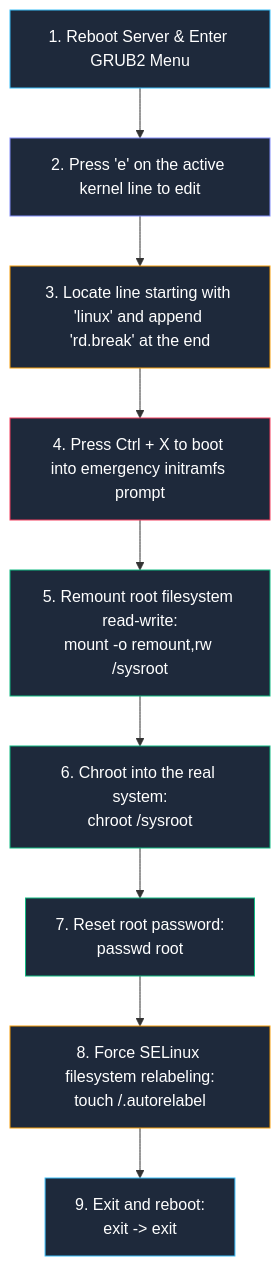
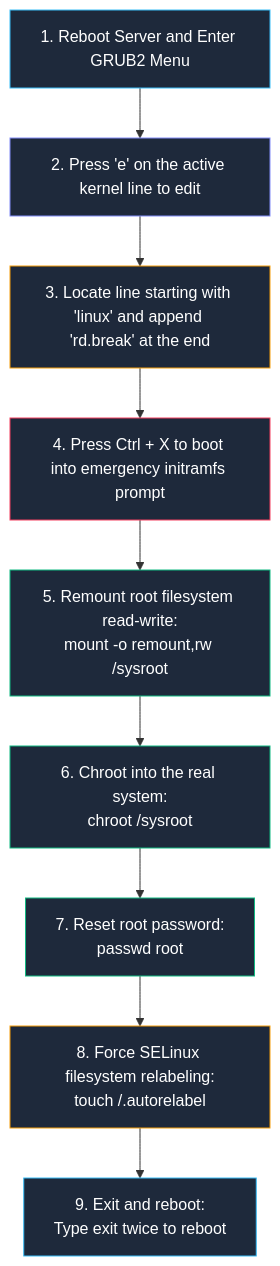
The third of 3 diagrams in System-and-Network-Administrator/03-Linux-Fundamentals/06-System-Initialization.md (Kashif-Mashi/Blue-Team-Handbook), drawn with Mermaid before and after one commit. The commit also changed 13 other files, not shown here.

Commit message:
Verification & Fixes: Mermaid Diagrams Across the Repository

````diff
--- a/System-and-Network-Administrator/03-Linux-Fundamentals/06-System-Initialization.md
+++ b/System-and-Network-Administrator/03-Linux-Fundamentals/06-System-Initialization.md
@@ -310,21 +310,21 @@
 ```mermaid
 flowchart TD
-    R1["1. Reboot Server & Enter GRUB2 Menu"] --> R2["2. Press 'e' on the active kernel line to edit"]
+    R1["1. Reboot Server and Enter GRUB2 Menu"] --> R2["2. Press 'e' on the active kernel line to edit"]
     R2 --> R3["3. Locate line starting with 'linux' and append 'rd.break' at the end"]
     R3 --> R4["4. Press Ctrl + X to boot into emergency initramfs prompt"]
-    R4 --> R5["5. Remount root filesystem read-write:<br/>mount -o remount,rw /sysroot"]
-    R5 --> R6["6. Chroot into the real system:<br/>chroot /sysroot"]
+    R5["5. Remount root filesystem read-write:<br/>mount -o remount,rw /sysroot"] --> R6["6. Chroot into the real system:<br/>chroot /sysroot"]
+    R4 --> R5
     R6 --> R7["7. Reset root password:<br/>passwd root"]
     R7 --> R8["8. Force SELinux filesystem relabeling:<br/>touch /.autorelabel"]
-    R8 --> R9["9. Exit and reboot:<br/>exit -> exit"]
+    R8 --> R9["9. Exit and reboot:<br/>Type exit twice to reboot"]
 
     style R1 fill:#1e293b,stroke:#38bdf8,color:#fff
     style R2 fill:#1e293b,stroke:#818cf8,color:#fff
     style R3 fill:#1e293b,stroke:#f59e0b,color:#fff
     style R4 fill:#1e293b,stroke:#f43f5e,color:#fff
     style R5 fill:#1e293b,stroke:#10b981,color:#fff
     style R6 fill:#1e293b,stroke:#10b981,color:#fff
     style R7 fill:#1e293b,stroke:#10b981,color:#fff
     style R8 fill:#1e293b,stroke:#f59e0b,color:#fff
     style R9 fill:#1e293b,stroke:#38bdf8,color:#fff
 ```
````
